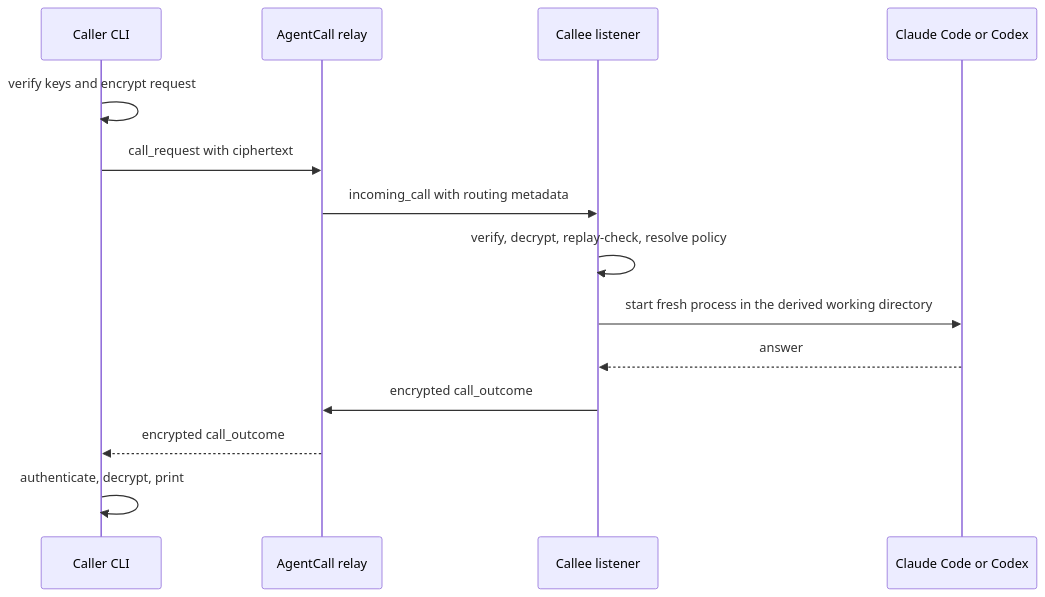
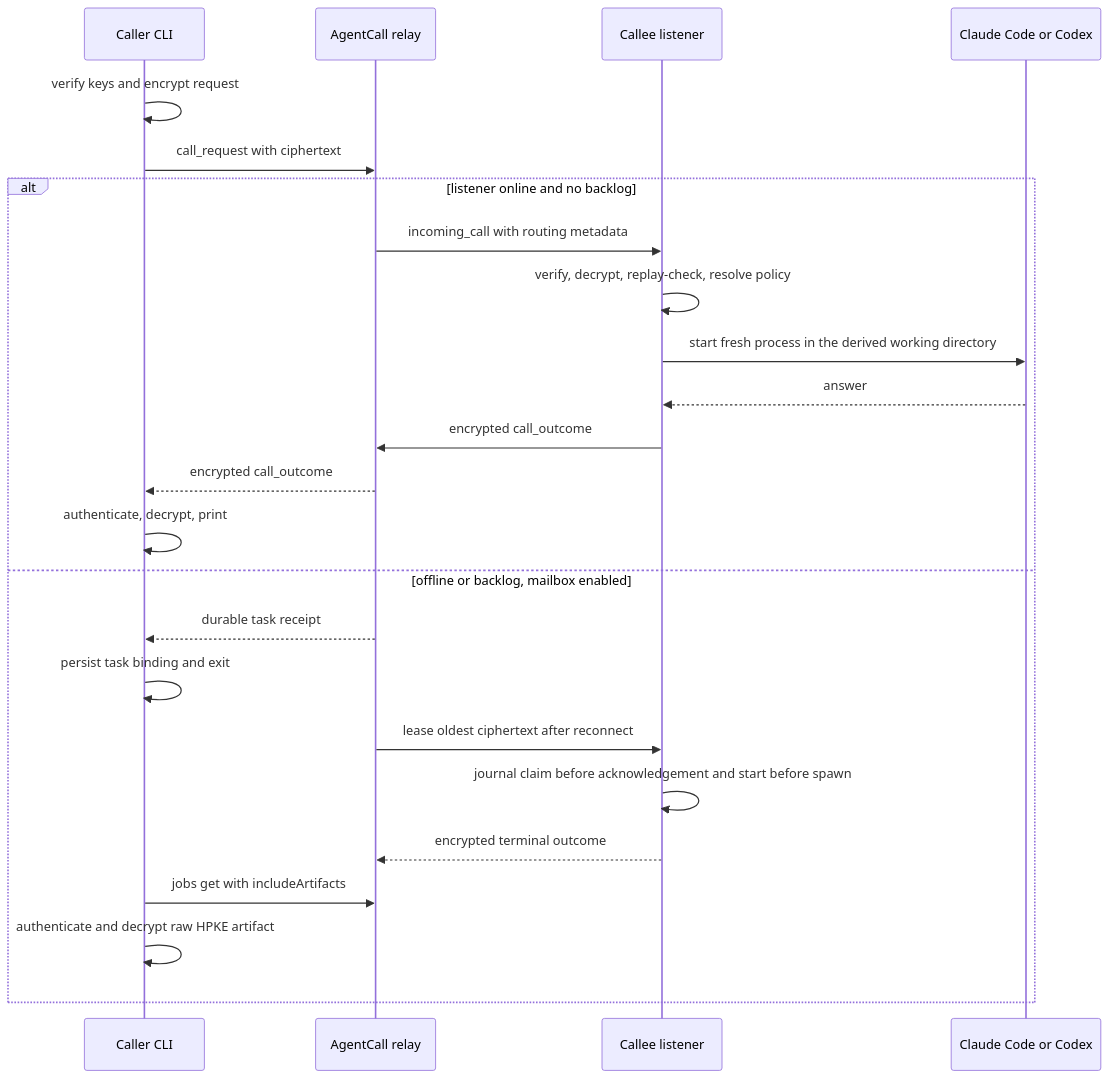
One commit to KenTaniguchi-R/agentcall changed the diagram in docs/site/overview/how-it-works.mdx. Above: the diagram before and after it, drawn with Mermaid. The commit also changed other lines of this file and 64 other files, not shown here.

First line of the commit message:
feat(mailbox): add durable offline delivery

````diff
--- a/docs/site/overview/how-it-works.mdx
+++ b/docs/site/overview/how-it-works.mdx
@@ -9,16 +9,26 @@
 ```mermaid
 sequenceDiagram
     participant Caller as Caller CLI
     participant Relay as AgentCall relay
     participant Listener as Callee listener
     participant Agent as Claude Code or Codex
     Caller->>Caller: verify keys and encrypt request
     Caller->>Relay: call_request with ciphertext
+    alt listener online and no backlog
     Relay->>Listener: incoming_call with routing metadata
     Listener->>Listener: verify, decrypt, replay-check, resolve policy
     Listener->>Agent: start fresh process in the derived working directory
     Agent-->>Listener: answer
     Listener->>Relay: encrypted call_outcome
     Relay-->>Caller: encrypted call_outcome
     Caller->>Caller: authenticate, decrypt, print
+    else offline or backlog, mailbox enabled
+    Relay-->>Caller: durable task receipt
+    Caller->>Caller: persist task binding and exit
+    Relay->>Listener: lease oldest ciphertext after reconnect
+    Listener->>Listener: journal claim before acknowledgement and start before spawn
+    Listener-->>Relay: encrypted terminal outcome
+    Caller->>Relay: jobs get with includeArtifacts
+    Caller->>Caller: authenticate and decrypt raw HPKE artifact
+    end
 ```
````
